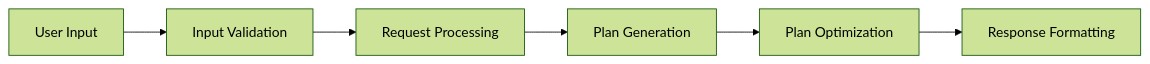
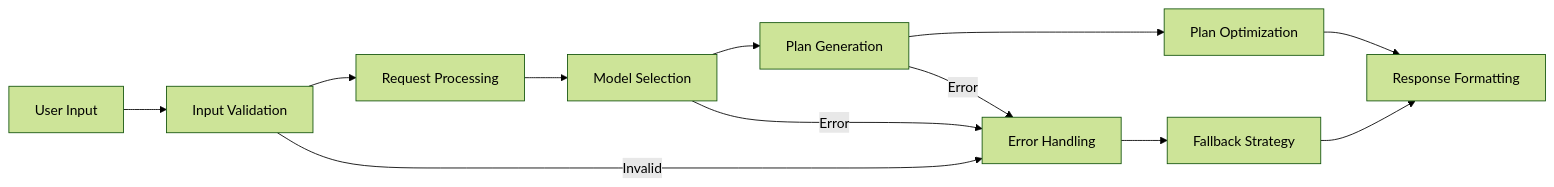
One commit to quanhieu/trip-planner changed the fifth of 7 diagrams in memory-bank/systemPatterns.md. Above: the diagram before and after it, drawn with Mermaid (forest theme). The commit also changed other lines of this file and 21 other files, not shown here.

````diff
--- a/memory-bank/systemPatterns.md
+++ b/memory-bank/systemPatterns.md
@@ -93,8 +161,15 @@
 ```mermaid
 flowchart LR
     Input[User Input] --> Validation[Input Validation]
     Validation --> Processing[Request Processing]
-    Processing --> Generation[Plan Generation]
+    Processing --> ModelSelection[Model Selection]
+    ModelSelection --> Generation[Plan Generation]
     Generation --> Optimization[Plan Optimization]
     Optimization --> Response[Response Formatting]
+
+    Validation -->|Invalid| ErrorHandling[Error Handling]
+    ModelSelection -->|Error| ErrorHandling
+    Generation -->|Error| ErrorHandling
+    ErrorHandling --> Fallback[Fallback Strategy]
+    Fallback --> Response
 ```
````
